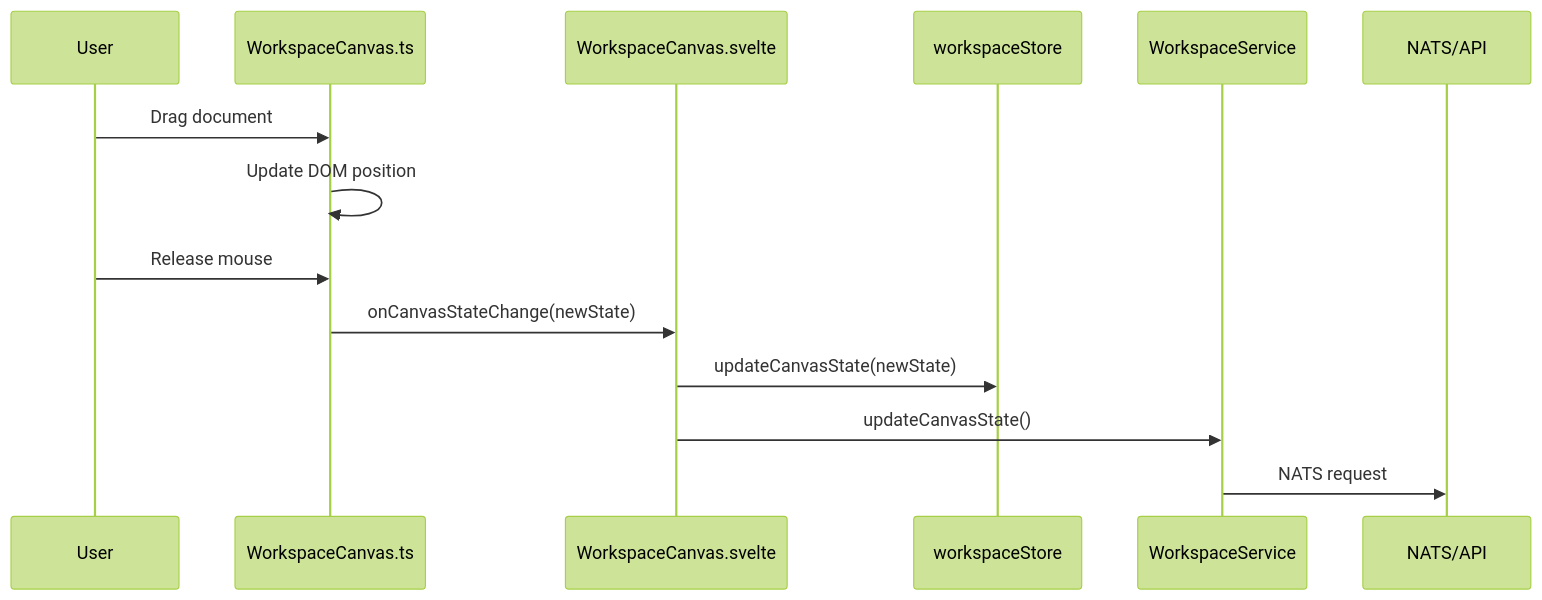
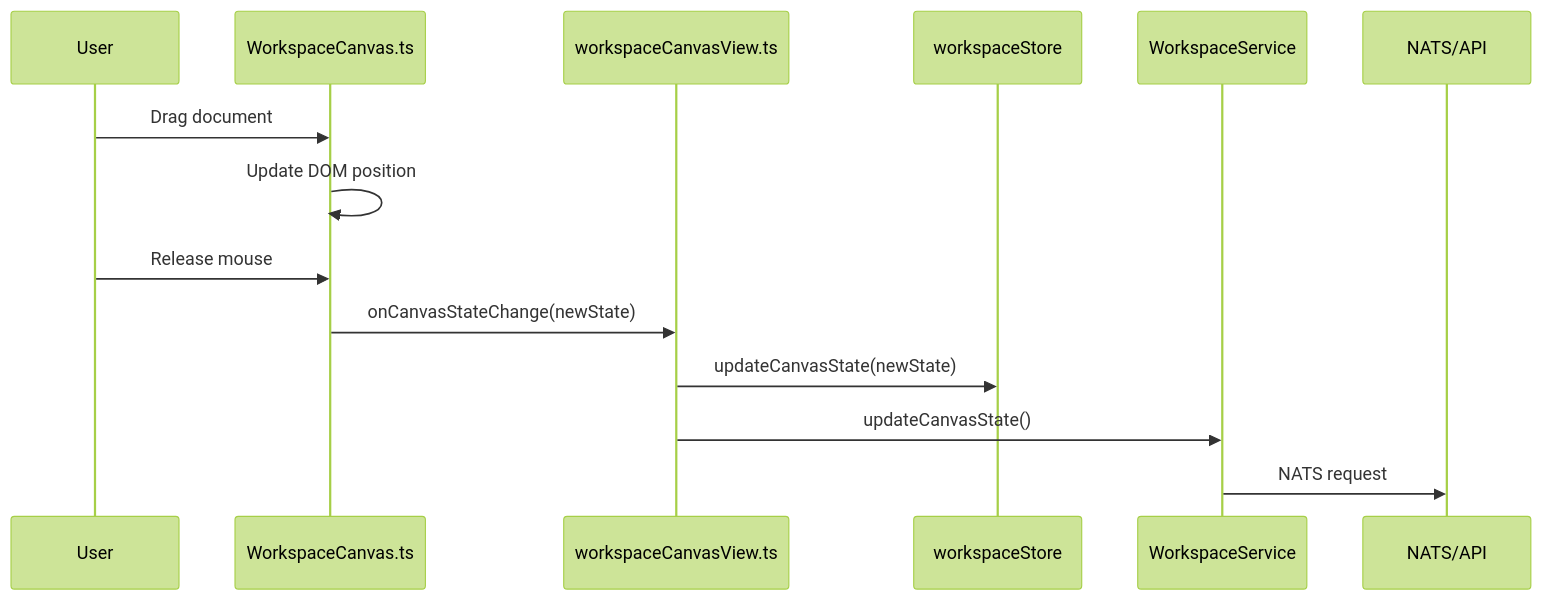
Before and after one commit to Lixpi/lixpi: the third of 3 diagrams in services/web-ui/src/infographics/workspace/README.md, drawn with Mermaid (forest theme). The commit also changed other lines of this file and 59 other files, not shown here.

````diff
--- a/services/web-ui/src/infographics/workspace/README.md
+++ b/services/web-ui/src/infographics/workspace/README.md
@@ -497,17 +497,17 @@
 ```mermaid
 sequenceDiagram
     participant User
     participant Canvas as WorkspaceCanvas.ts
-    participant Svelte as WorkspaceCanvas.svelte
+    participant Host as workspaceCanvasView.ts
     participant Store as workspaceStore
     participant Service as WorkspaceService
     participant Backend as NATS/API
 
     User->>Canvas: Drag document
     Canvas->>Canvas: Update DOM position
     User->>Canvas: Release mouse
-    Canvas->>Svelte: onCanvasStateChange(newState)
-    Svelte->>Store: updateCanvasState(newState)
-    Svelte->>Service: updateCanvasState()
+    Canvas->>Host: onCanvasStateChange(newState)
+    Host->>Store: updateCanvasState(newState)
+    Host->>Service: updateCanvasState()
     Service->>Backend: NATS request
 ```
````
